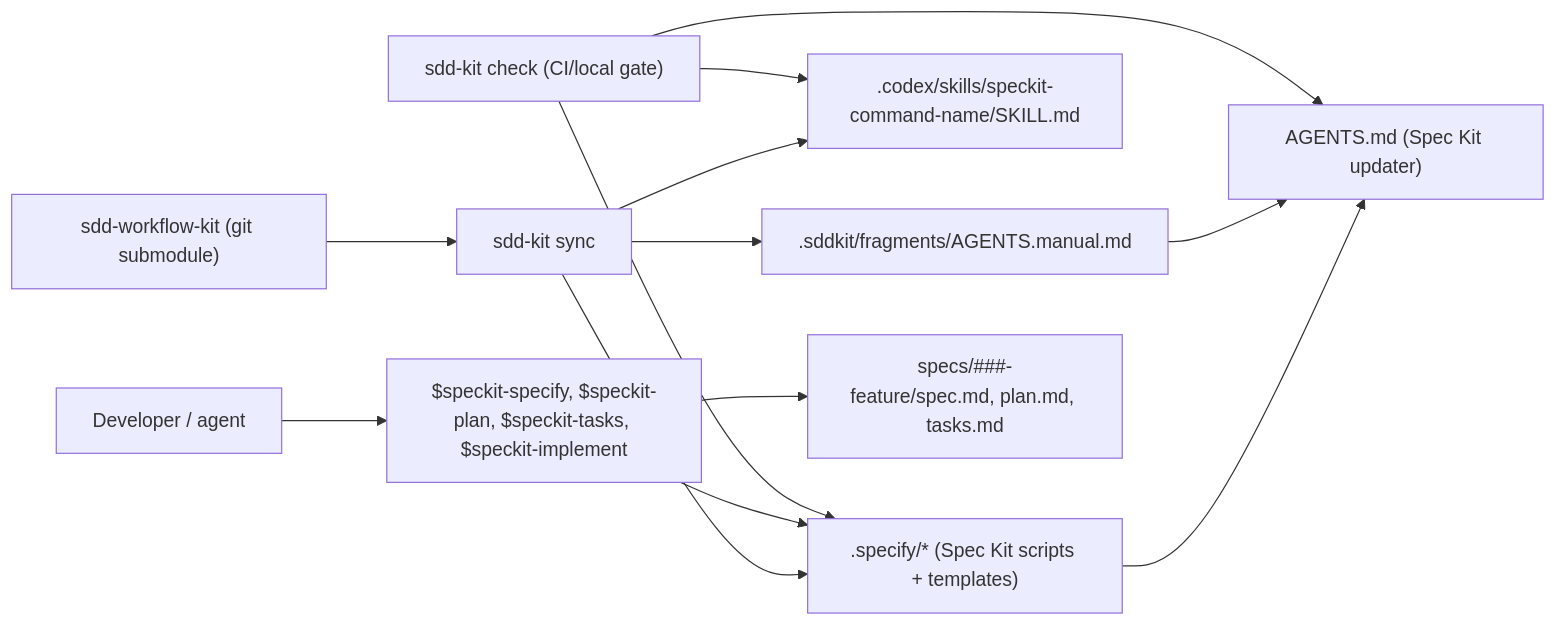
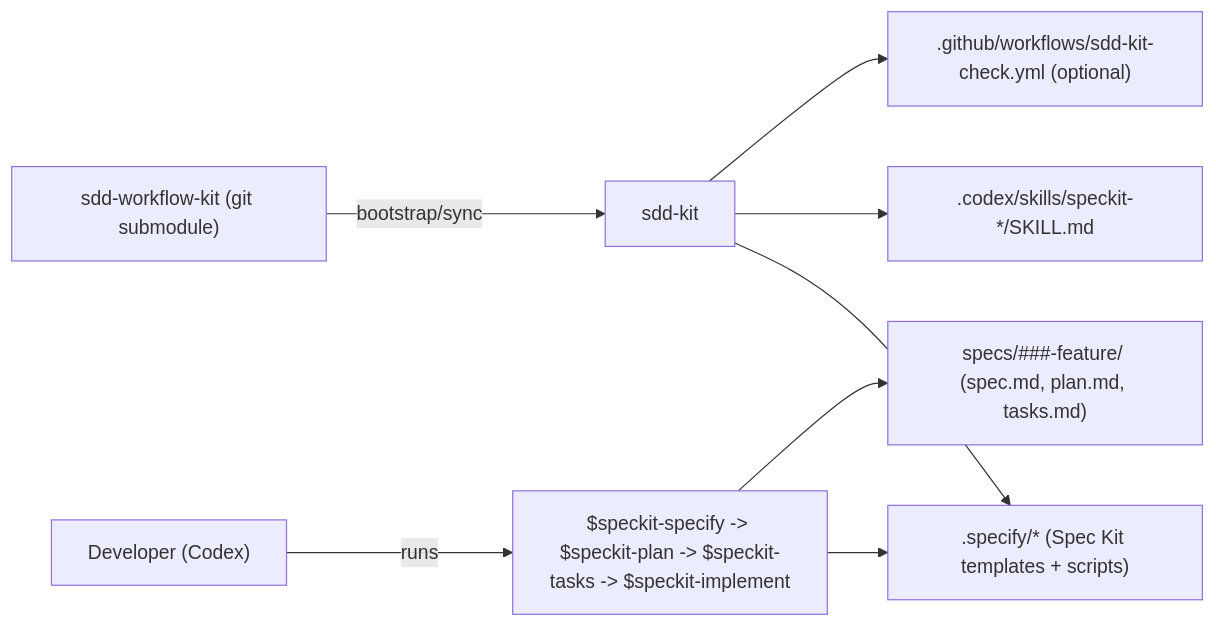
One commit to yshishenya/sdd-workflow-kit changed the diagram in README.md. Above: the diagram before and after it, drawn with Mermaid. The commit also changed other lines of this file and 34 other files, not shown here.

````diff
--- a/README.md
+++ b/README.md
@@ -65,18 +28,11 @@
 ```mermaid
 flowchart LR
-  KIT["sdd-workflow-kit (git submodule)"] --> SYNC["sdd-kit sync"]
-  SYNC --> SPECIFY[".specify/* (Spec Kit scripts + templates)"]
-  SYNC --> PROMPTS[".codex/skills/speckit-command-name/SKILL.md"]
-  SYNC --> FRAG[".sddkit/fragments/AGENTS.manual.md"]
+  KIT["sdd-workflow-kit (git submodule)"] -->|"bootstrap/sync"| SYNC["sdd-kit"]
+  SYNC --> SPECIFY[".specify/* (Spec Kit templates + scripts)"]
+  SYNC --> SKILLS[".codex/skills/speckit-*/SKILL.md"]
+  SYNC --> CI[".github/workflows/sdd-kit-check.yml (optional)"]
 
-  DEV["Developer / agent"] --> SPK["$speckit-specify, $speckit-plan, $speckit-tasks, $speckit-implement"]
-  SPK --> SPECIFY
-  SPK --> SPECS["specs/###-feature/spec.md, plan.md, tasks.md"]
-
-  SPECIFY --> AG["AGENTS.md (Spec Kit updater)"]
-  FRAG --> AG
-
-  CHECK["sdd-kit check (CI/local gate)"] --> SPECIFY
-  CHECK --> PROMPTS
-  CHECK --> AG
+  DEV["Developer (Codex)"] -->|"runs"| CMD["$speckit-specify -> $speckit-plan -> $speckit-tasks -> $speckit-implement"]
+  CMD --> SPECIFY
+  CMD --> SPECS["specs/###-feature/ (spec.md, plan.md, tasks.md)"]
 ```
````
